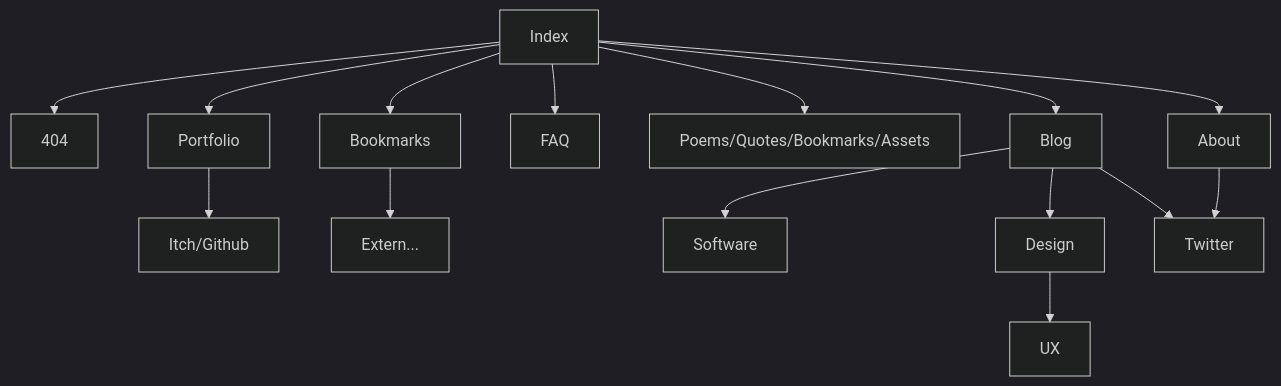
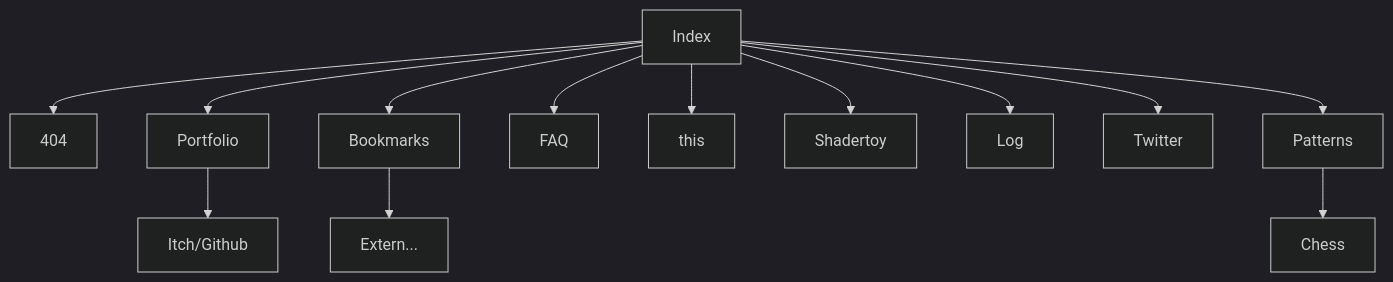
Before and after one commit to boukew99/boukew99.github.io: the diagram in this.md, drawn with Mermaid (dark theme). The commit also changed 4 other files, not shown here.

````diff
--- a/this.md
+++ b/this.md
@@ -15,15 +15,13 @@
 ```mermaid
 graph TD;
     Index-->Portfolio-->Itch/Github; 
-    Index-->404
-    Index-->Bookmarks-->Extern...
-    Index-->FAQ
-  
-    Index-->Poems/Quotes/Bookmarks/Assets;    
-    Index-->Blog;
-        Blog-->Software;
-        Blog-->Design-->UX;
-        Blog-->Twitter;
-    Index-->About; About-->Twitter;
+    Index-->404;
+    Index-->Bookmarks-->Extern...;
+    Index-->FAQ;
+    Index-->this;
+    Index-->Shadertoy;
+    Index-->Log;
+    Index-->Twitter;
+    Index-->Patterns-->Chess
 
 ```
````
